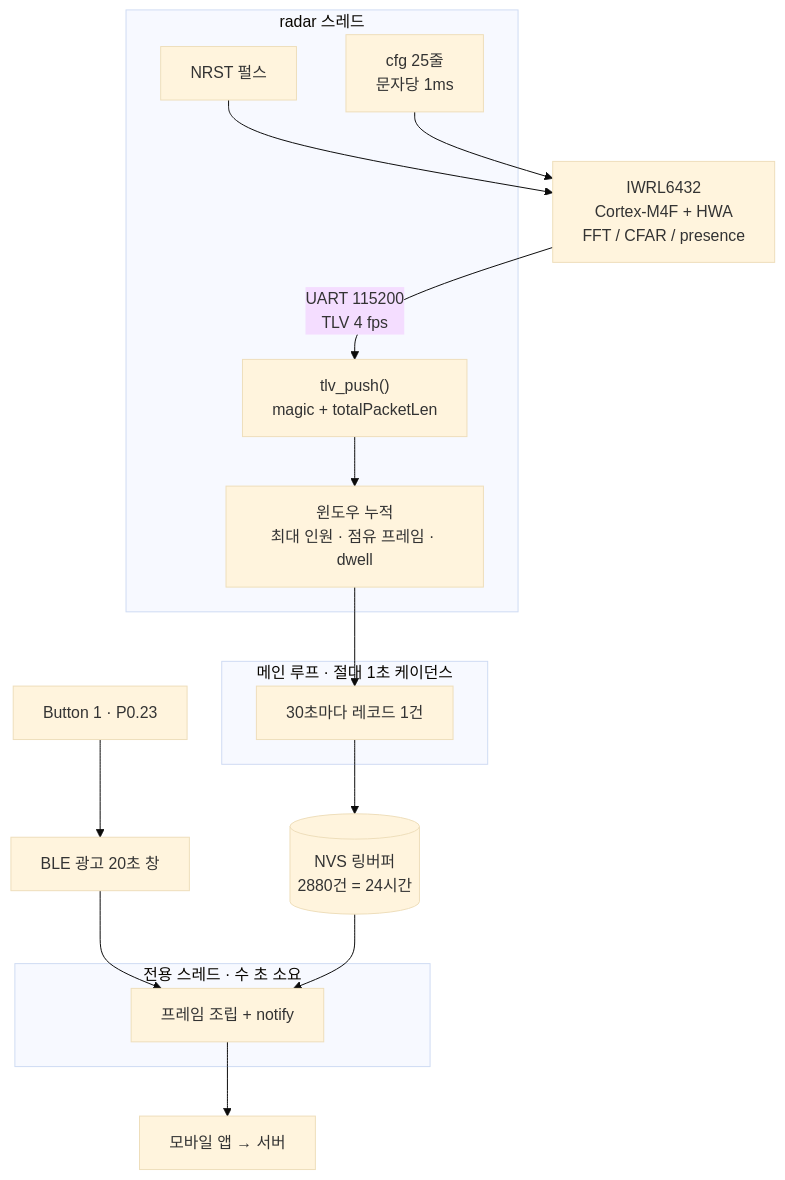
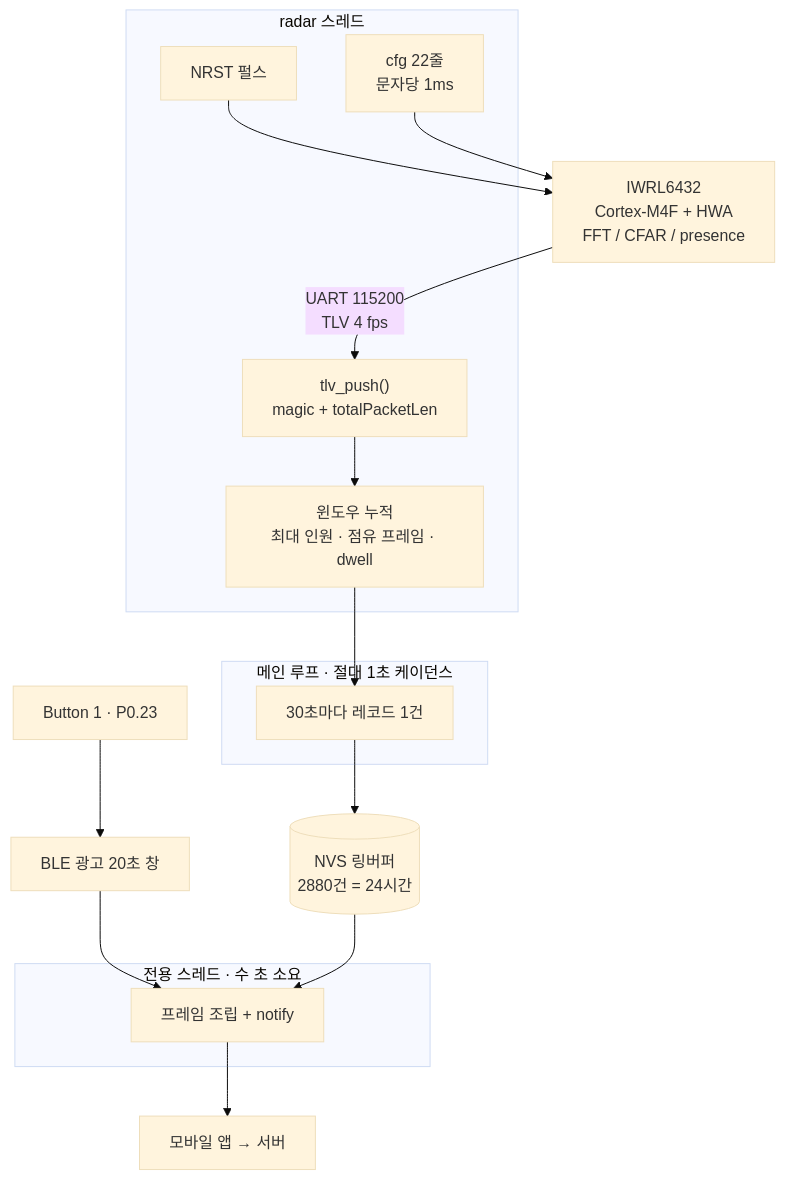
The diagram in README.md (se-jung1/nRF5340_Presence_test), drawn with Mermaid (base theme) before and after one commit. The commit also changed other lines of this file and 4 other files, not shown here.

````diff
--- a/README.md
+++ b/README.md
@@ -48,38 +76,38 @@
 ```mermaid
 flowchart TD
     RAD["IWRL6432<br/>Cortex-M4F + HWA<br/>FFT / CFAR / presence"]
-    CLI["cfg 25줄<br/>문자당 1ms"]
+    CLI["cfg 22줄<br/>문자당 1ms"]
     NRST["NRST 펄스"]
     PARSE["tlv_push()<br/>magic + totalPacketLen"]
     ACC["윈도우 누적<br/>최대 인원 · 점유 프레임 · dwell"]
     REC["30초마다 레코드 1건"]
     NVS[("NVS 링버퍼<br/>2880건 = 24시간")]
     BTN["Button 1 · P0.23"]
     ADV["BLE 광고 20초 창"]
     DUMP["프레임 조립 + notify"]
     APP["모바일 앱 → 서버"]
 
     NRST --> RAD
     CLI --> RAD
     RAD -->|"UART 115200<br/>TLV 4 fps"| PARSE
     PARSE --> ACC
     ACC --> REC
     REC --> NVS
     BTN --> ADV
     ADV --> DUMP
     NVS --> DUMP
     DUMP --> APP
 
     subgraph rt["radar 스레드"]
         CLI
         NRST
         PARSE
         ACC
     end
     subgraph ml["메인 루프 · 절대 1초 케이던스"]
         REC
     end
     subgraph th["전용 스레드 · 수 초 소요"]
         DUMP
     end
 ```
````
